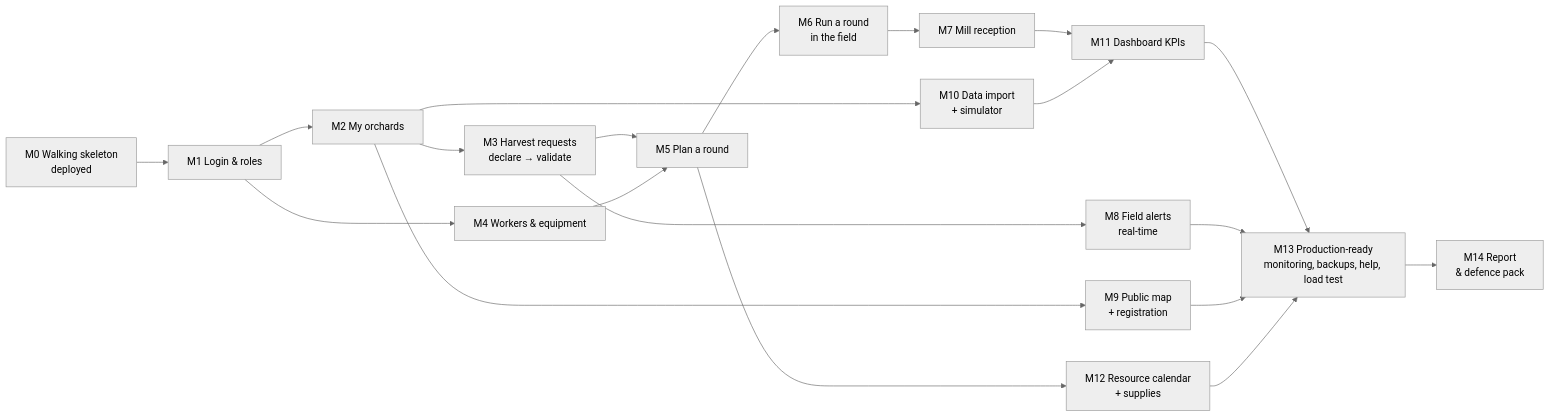
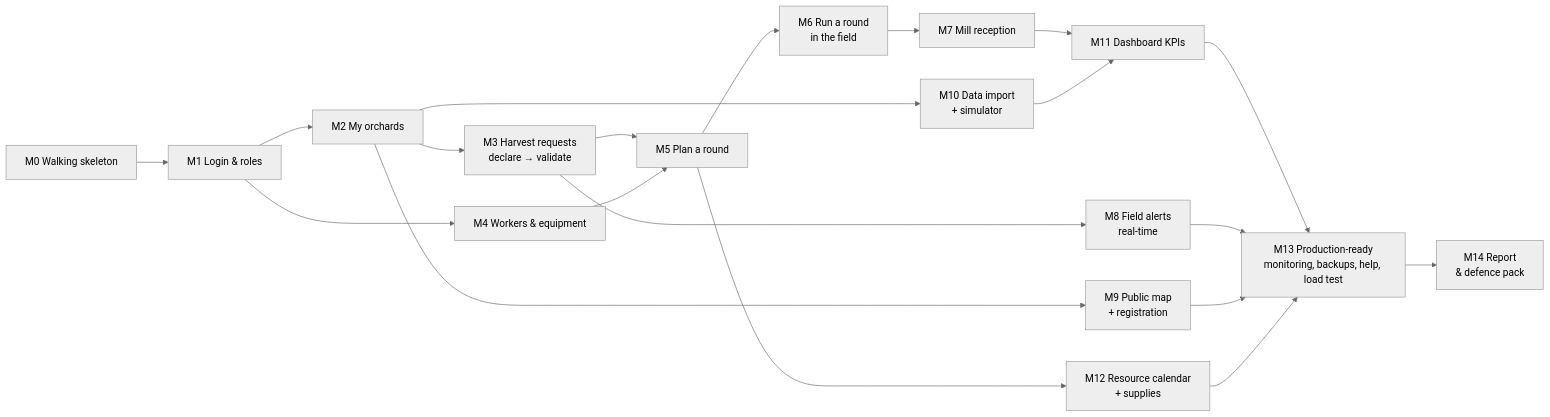
The diagram in MILESTONES.md (Iyed-M/olive-connect), drawn with Mermaid (neutral theme) before and after one commit. The commit also changed other lines of this file and 52 other files, not shown here.

First line of the commit message:
M0: walking skeleton

````diff
--- a/MILESTONES.md
+++ b/MILESTONES.md
@@ -80,22 +80,22 @@
 ```mermaid
 flowchart LR
-    M0[M0 Walking skeleton<br/>deployed] --> M1[M1 Login & roles]
+    M0[M0 Walking skeleton] --> M1[M1 Login & roles]
     M1 --> M2[M2 My orchards]
     M2 --> M3[M3 Harvest requests<br/>declare → validate]
     M1 --> M4[M4 Workers & equipment]
     M3 --> M5[M5 Plan a round]
     M4 --> M5
     M5 --> M6[M6 Run a round<br/>in the field]
     M6 --> M7[M7 Mill reception]
     M3 --> M8[M8 Field alerts<br/>real-time]
     M2 --> M9[M9 Public map<br/>+ registration]
     M2 --> M10[M10 Data import<br/>+ simulator]
     M7 --> M11[M11 Dashboard KPIs]
     M10 --> M11
     M5 --> M12[M12 Resource calendar<br/>+ supplies]
     M11 --> M13[M13 Production-ready<br/>monitoring, backups, help, load test]
     M8 --> M13
     M9 --> M13
     M12 --> M13
     M13 --> M14[M14 Report<br/>& defence pack]
 ```
````
